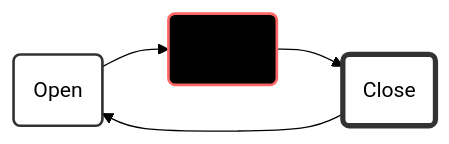
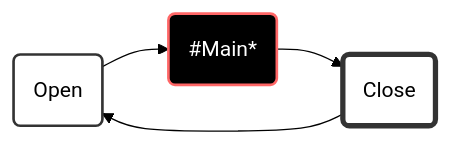
One commit to ix-ax/AXOpen changed the second of 4 diagrams in src/core/ctrl/README.md. Above: the diagram before and after it, drawn with Mermaid (forest theme).

````diff
--- a/src/core/ctrl/README.md
+++ b/src/core/ctrl/README.md
@@ -35,8 +35,8 @@
 ```mermaid
   flowchart LR
     id1(Open)-->id2(#Main*)-->id3(Close)-->id1(Open)
     style id1 fill:#fff,stroke:#333,stroke-width:2px
-    style id2 fill:#000,stroke:#f66,stroke-width:2px
+    style id2 fill:#000,stroke:#f66,stroke-width:2px,color:#fff
     style id3 fill:#fff,stroke:#333,stroke-width:4px
 
 ```
````
